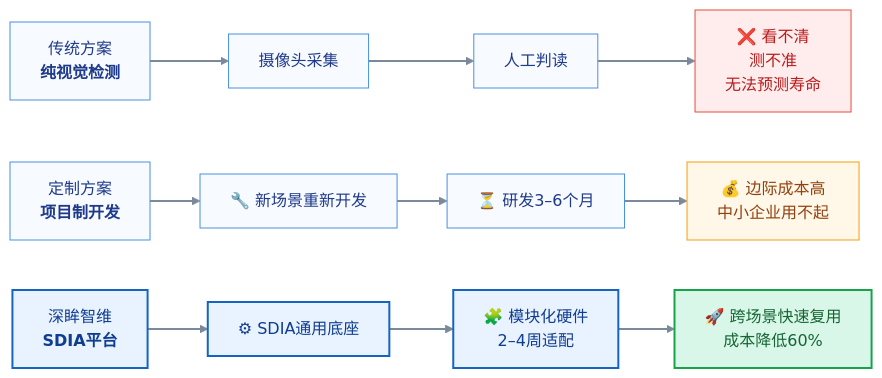
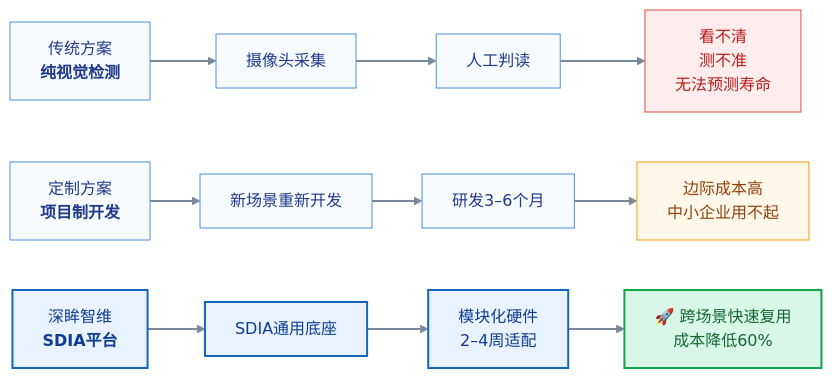
The diagram in all/未命名.md (LGS91/iodraw-files), drawn with Mermaid before and after one commit.

Commit message:
2026-07-06 11:04:36 update

````diff
--- a/all/未命名.md
+++ b/all/未命名.md
@@ -1,39 +1,39 @@
 ```mermaid
 flowchart LR
 
 %% ================= 第一行 =================
 A["传统方案<br/><b>纯视觉检测</b>"]
 --> B["摄像头采集"]
 --> C["人工判读"]
---> D["❌ 看不清<br/>测不准<br/>无法预测寿命"]
+--> D["看不清<br/>测不准<br/>无法预测寿命"]
 
 %% ================= 第二行 =================
 E["定制方案<br/><b>项目制开发</b>"]
---> F["🔧 新场景重新开发"]
---> G["⏳ 研发3–6个月"]
---> H["💰 边际成本高<br/>中小企业用不起"]
+--> F["新场景重新开发"]
+--> G["研发3–6个月"]
+--> H["边际成本高<br/>中小企业用不起"]
 
 %% ================= 第三行 =================
 I["深眸智维<br/><b>SDIA平台</b>"]
---> J["⚙ SDIA通用底座"]
---> K["🧩 模块化硬件<br/>2–4周适配"]
+--> J["SDIA通用底座"]
+--> K["模块化硬件<br/>2–4周适配"]
 --> L["🚀 跨场景快速复用<br/>成本降低60%"]
 
 %% ================= 配色 =================
 style A fill:#F7FAFF,stroke:#4A90E2,color:#1E3A8A
 style B fill:#F7FAFF,stroke:#4A90E2,color:#1E3A8A
 style C fill:#F7FAFF,stroke:#4A90E2,color:#1E3A8A
 style D fill:#FFECEC,stroke:#E74C3C,color:#B91C1C
 
 style E fill:#F7FAFF,stroke:#4A90E2,color:#1E3A8A
 style F fill:#F7FAFF,stroke:#4A90E2,color:#1E3A8A
 style G fill:#F7FAFF,stroke:#4A90E2,color:#1E3A8A
 style H fill:#FFF7E8,stroke:#F59E0B,color:#92400E
 
 style I fill:#E8F3FF,stroke:#1565C0,stroke-width:2px,color:#0F3D91
 style J fill:#E8F3FF,stroke:#1565C0,stroke-width:2px,color:#0F3D91
 style K fill:#E8F3FF,stroke:#1565C0,stroke-width:2px,color:#0F3D91
 style L fill:#D9F7E8,stroke:#16A34A,stroke-width:2px,color:#166534
 
 linkStyle default stroke:#7B8A9B,stroke-width:2px
 ```
````
